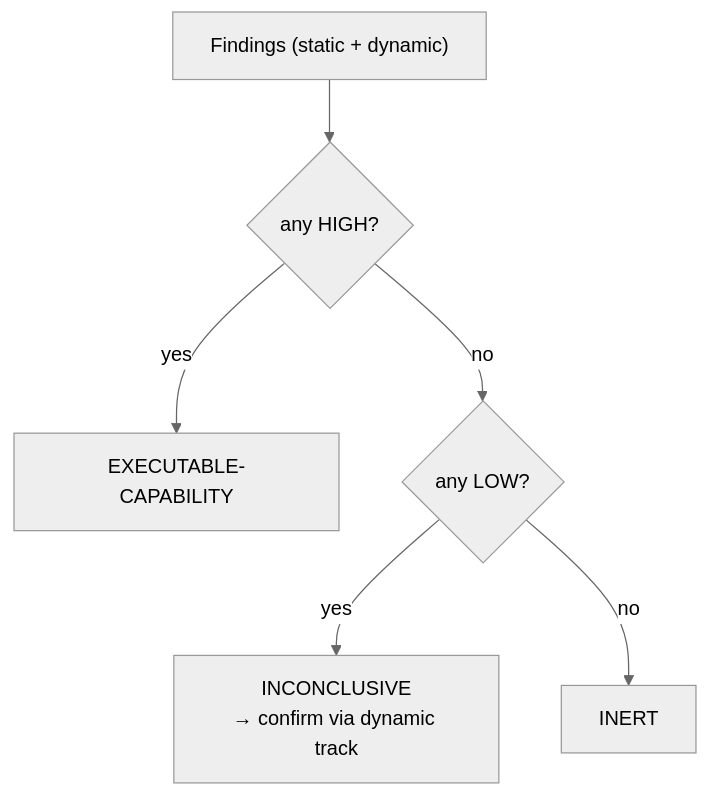
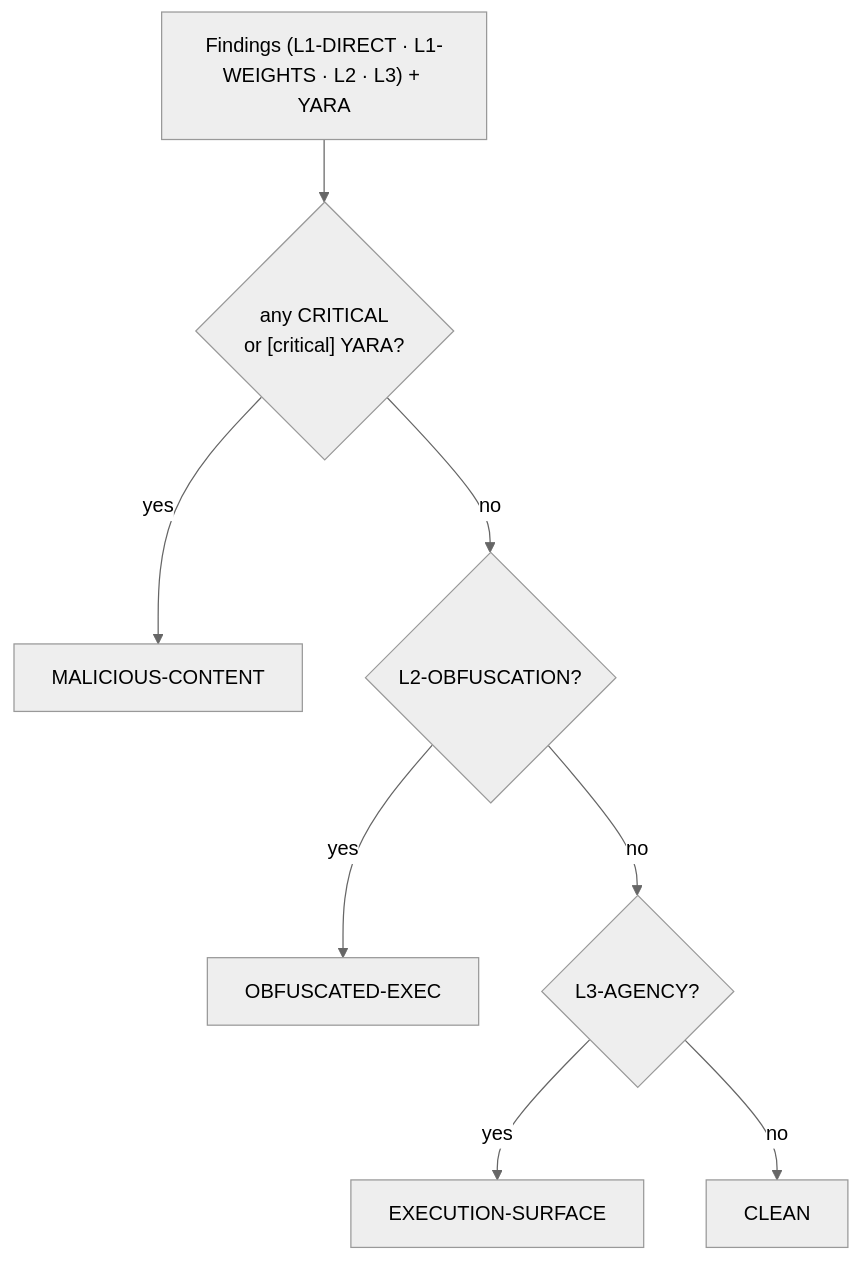
The fourth of 4 diagrams in docs/MODEL_SECURITY_RE.md (packetqc/AI), drawn with Mermaid before and after one commit. The commit also changed other lines of this file, not shown here.

````diff
--- a/docs/MODEL_SECURITY_RE.md
+++ b/docs/MODEL_SECURITY_RE.md
@@ -172,9 +227,11 @@
 ```mermaid
 %%{init: {'theme':'neutral'}}%%
 flowchart TD
-    F["Findings (static + dynamic)"] --> H{"any HIGH?"}
-    H -->|yes| EC["EXECUTABLE-CAPABILITY"]
-    H -->|no| L{"any LOW?"}
-    L -->|yes| IN["INCONCLUSIVE<br/>→ confirm via dynamic track"]
-    L -->|no| IT["INERT"]
+    F["Findings (L1-DIRECT · L1-WEIGHTS · L2 · L3) + YARA"] --> C{"any CRITICAL<br/>or [critical] YARA?"}
+    C -->|yes| MC["MALICIOUS-CONTENT"]
+    C -->|no| O{"L2-OBFUSCATION?"}
+    O -->|yes| OE["OBFUSCATED-EXEC"]
+    O -->|no| A{"L3-AGENCY?"}
+    A -->|yes| ES["EXECUTION-SURFACE"]
+    A -->|no| CL["CLEAN"]
 ```
````
